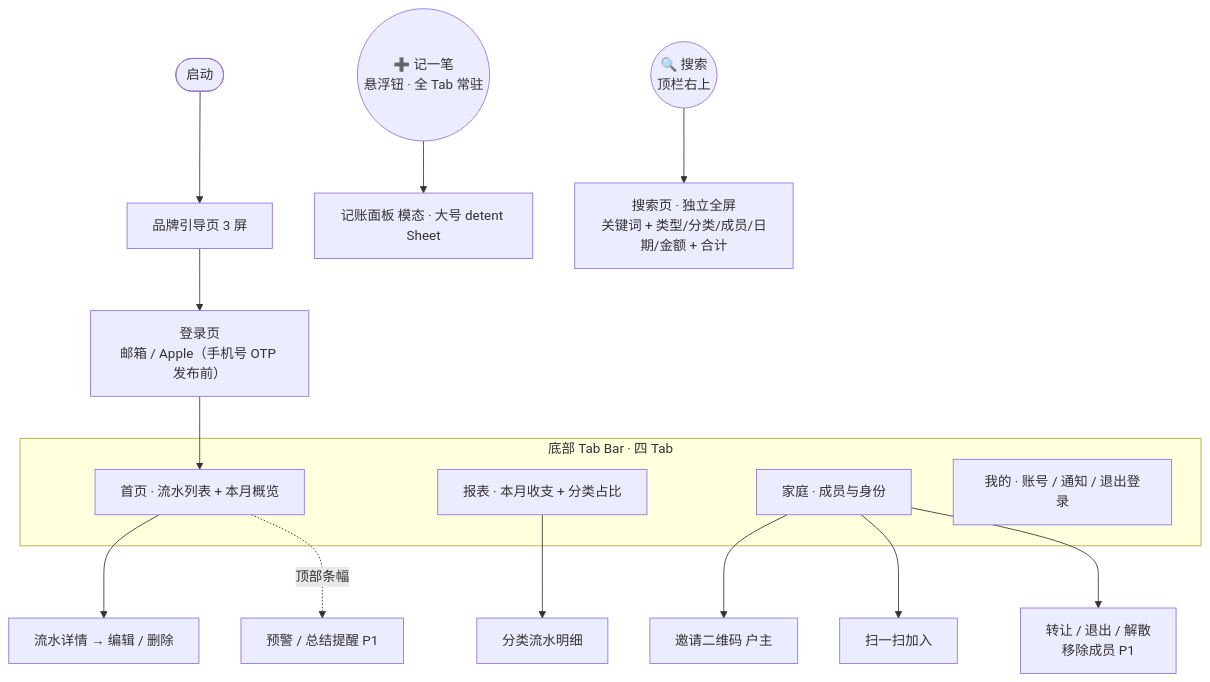
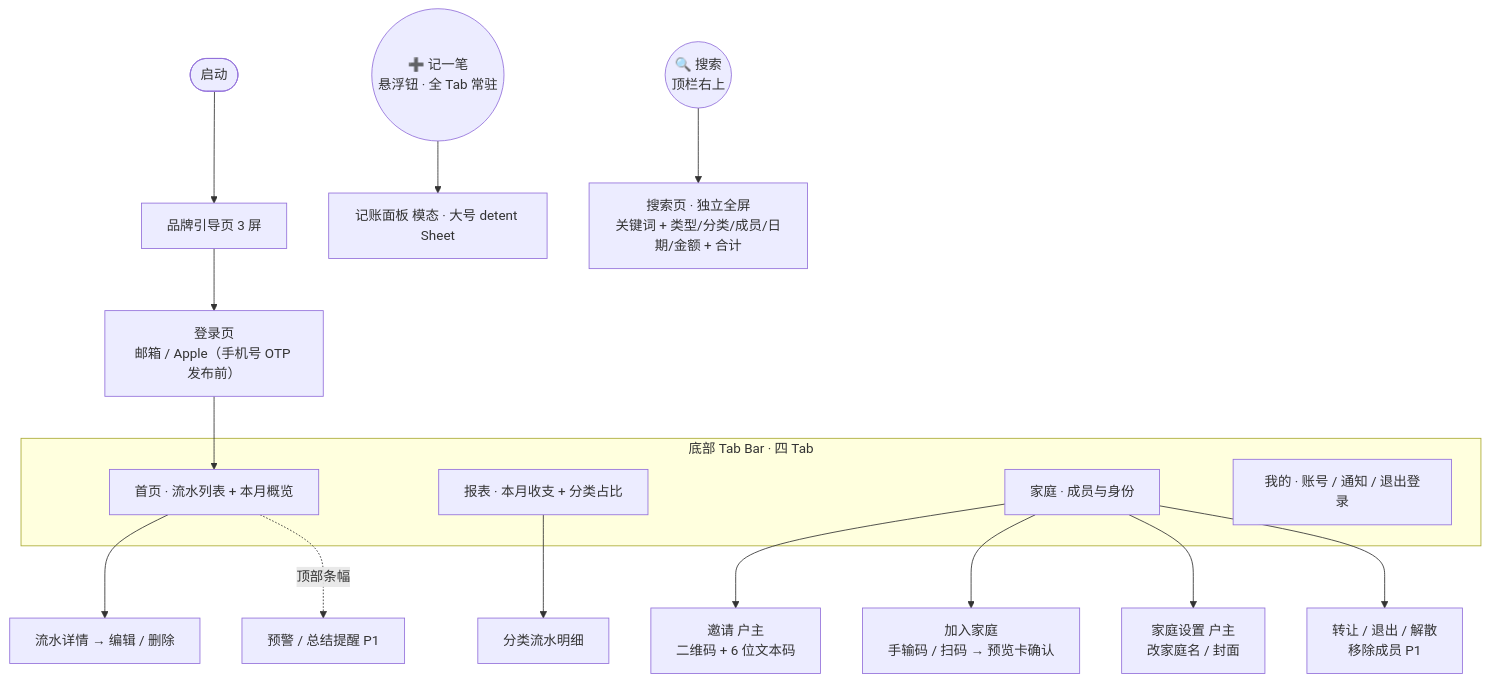
One commit to raochen0000/HomeBook changed the diagram in docs/IA.md. Above: the diagram before and after it, drawn with Mermaid. The commit also changed other lines of this file and 5 other files, not shown here.

````diff
--- a/docs/IA.md
+++ b/docs/IA.md
@@ -49,28 +49,29 @@
 ```mermaid
 flowchart TD
     Start([启动]) --> Guide[品牌引导页 3 屏]
     Guide --> Login[登录页<br/>邮箱 / Apple（手机号 OTP 发布前）]
     Login --> Home
 
     subgraph 主框架[底部 Tab Bar · 四 Tab]
       Home[首页 · 流水列表 + 本月概览]
       Report[报表 · 本月收支 + 分类占比]
       Family[家庭 · 成员与身份]
       Mine[我的 · 账号 / 通知 / 退出登录]
     end
 
     Add((➕ 记一笔<br/>悬浮钮 · 全 Tab 常驻))
     Search((🔍 搜索<br/>顶栏右上))
 
     Home --> Detail[流水详情 → 编辑 / 删除]
     Home -.顶部条幅.-> Banner[预警 / 总结提醒 P1]
 
     Add --> AddPanel[记账面板 模态 · 大号 detent Sheet]
     Search --> SearchPage[搜索页 · 独立全屏<br/>关键词 + 类型/分类/成员/日期/金额 + 合计]
 
     Report --> CatList[分类流水明细]
 
-    Family --> Invite[邀请二维码 户主]
-    Family --> Scan[扫一扫加入]
+    Family --> Invite[邀请 户主<br/>二维码 + 6 位文本码]
+    Family --> Join[加入家庭<br/>手输码 / 扫码 → 预览卡确认]
+    Family --> Settings[家庭设置 户主<br/>改家庭名 / 封面]
     Family --> Manage[转让 / 退出 / 解散<br/>移除成员 P1]
 ```
````
